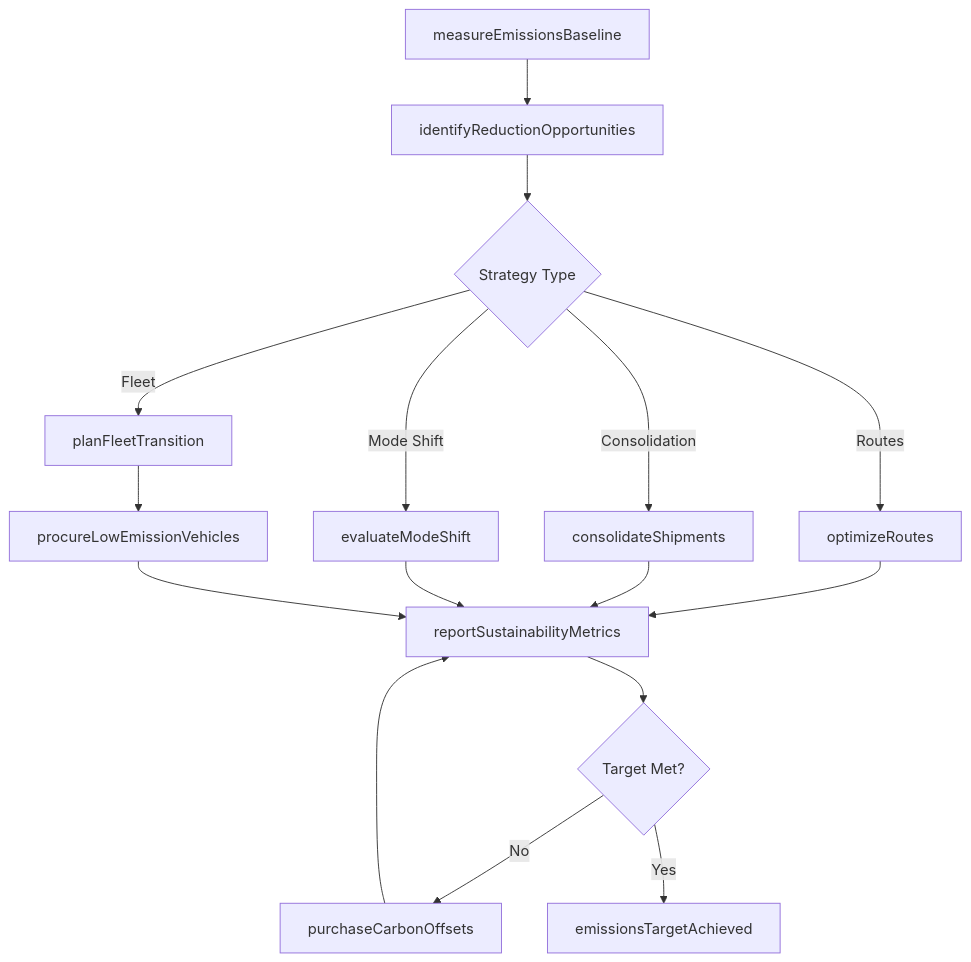
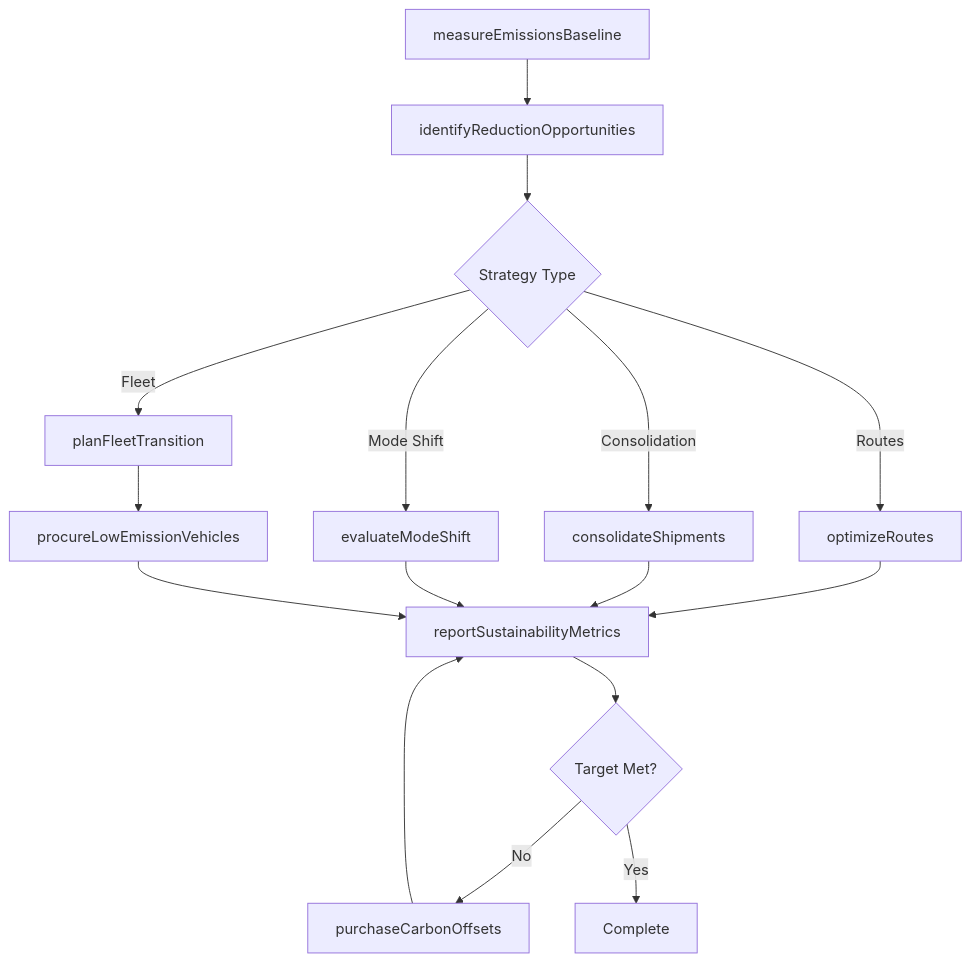
Before and after one commit to dot-org-ai/tasks.org.ai: the third of 4 diagrams in MakingDecisionsAndSolvingProblems/ImplementProceduresOrProcesses/ImplementTransportationChangesReduceEnvironmental.mdx, drawn with Mermaid. The commit also changed other lines of this file and 266 other files, not shown here.

First line of the commit message:
feat: Add ER diagrams, state diagrams to wave 2 batch (251 DWA files)

````diff
--- a/MakingDecisionsAndSolvingProblems/ImplementProceduresOrProcesses/ImplementTransportationChangesReduceEnvironmental.mdx
+++ b/MakingDecisionsAndSolvingProblems/ImplementProceduresOrProcesses/ImplementTransportationChangesReduceEnvironmental.mdx
@@ -96,18 +131,18 @@
 ```mermaid
 graph TD
     A[measureEmissionsBaseline] --> B[identifyReductionOpportunities]
     B --> C{Strategy Type}
     C -->|Fleet| D[planFleetTransition]
     C -->|Routes| E[optimizeRoutes]
     C -->|Consolidation| F[consolidateShipments]
     C -->|Mode Shift| G[evaluateModeShift]
     D --> H[procureLowEmissionVehicles]
     E --> I[reportSustainabilityMetrics]
     F --> I
     G --> I
     H --> I
     I --> J{Target Met?}
     J -->|No| K[purchaseCarbonOffsets]
     K --> I
-    J -->|Yes| L[emissionsTargetAchieved]
+    J -->|Yes| L[Complete]
 ```
````
